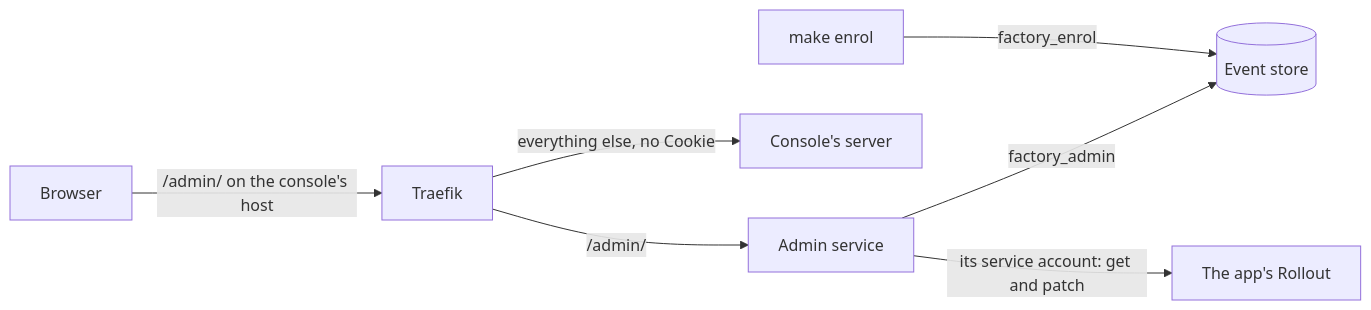
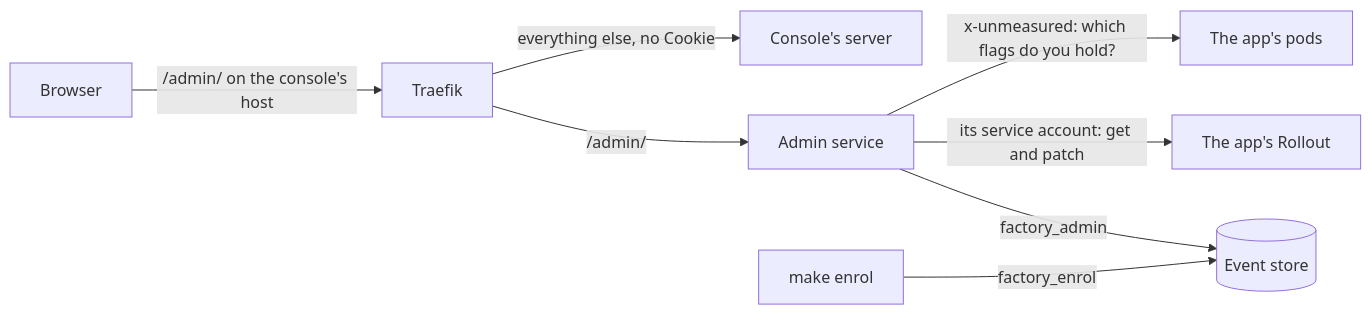
One commit to mrogan/cv-software-factory changed the diagram in docs/COMPONENTS/ADMIN-SERVICE.md. Above: the diagram before and after it, drawn with Mermaid. The commit also changed other lines of this file and 31 other files, not shown here.

````diff
--- a/docs/COMPONENTS/ADMIN-SERVICE.md
+++ b/docs/COMPONENTS/ADMIN-SERVICE.md
@@ -14,9 +14,10 @@
 ```mermaid
 flowchart LR
   browser[Browser] -- "/admin/ on the console's host" --> traefik[Traefik]
   traefik -- "/admin/" --> admin[Admin service]
   traefik -- "everything else, no Cookie" --> console[Console's server]
   admin -- "factory_admin" --> store[(Event store)]
   admin -- "its service account: get and patch" --> rollout[The app's Rollout]
+  admin -- "x-unmeasured: which flags do you hold?" --> app[The app's pods]
   cli["make enrol"] -- "factory_enrol" --> store
 ```
````
